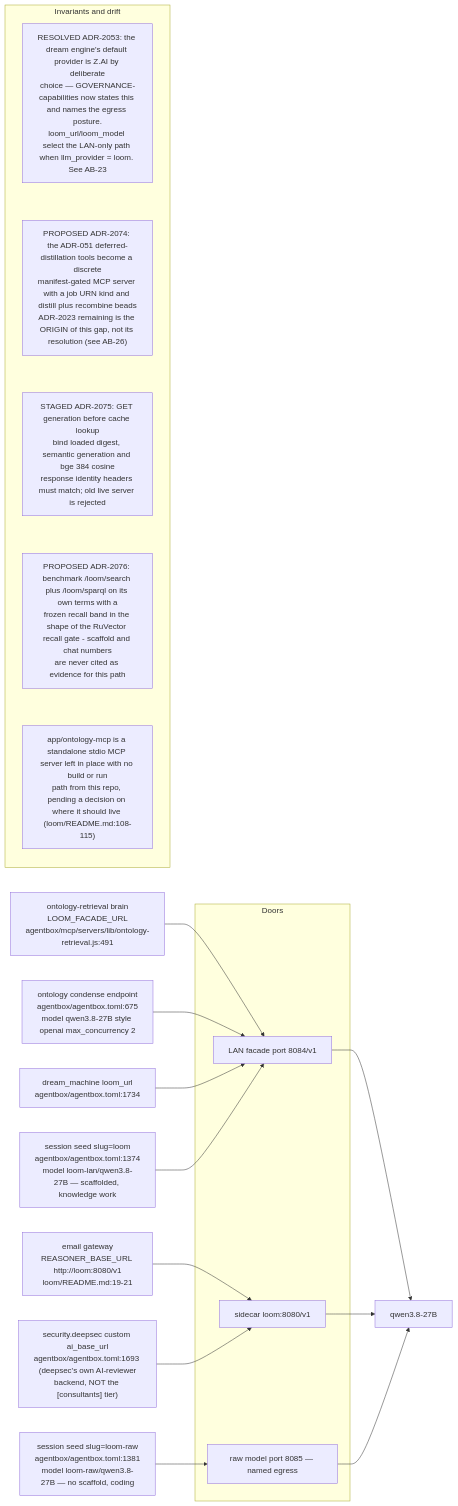
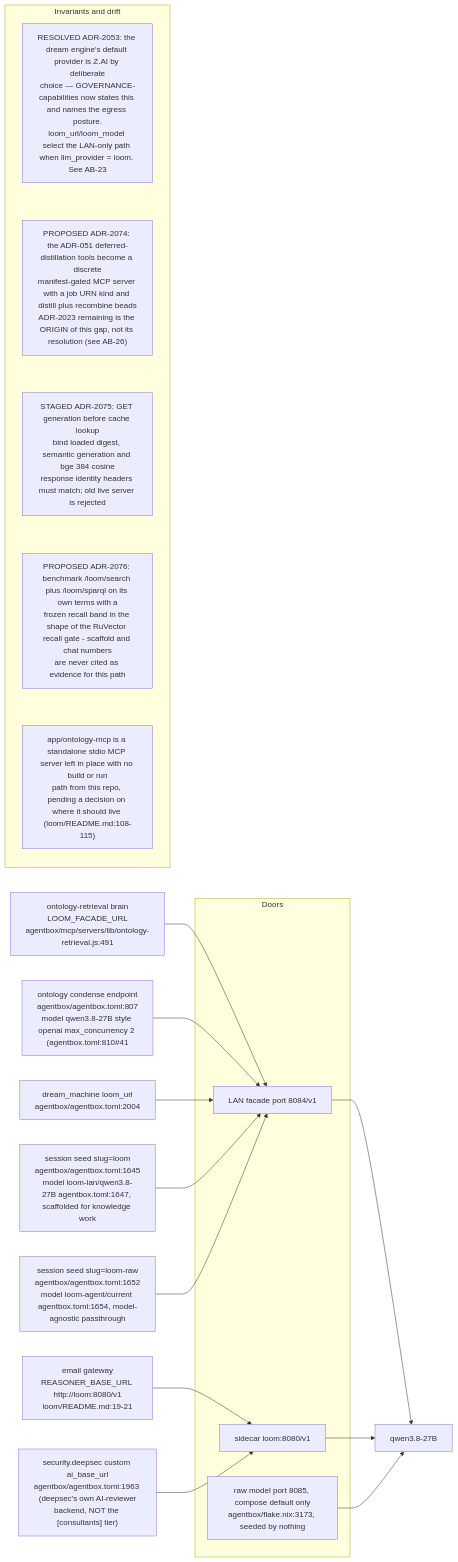
One commit to DreamLab-AI/VisionFlow changed the ninth of 11 diagrams in docs/diagrams/agentbox/24-loom-facade.md. Above: the diagram before and after it, drawn with Mermaid. The commit also changed other lines of this file and 28 other files, not shown here.

````diff
--- a/docs/diagrams/agentbox/24-loom-facade.md
+++ b/docs/diagrams/agentbox/24-loom-facade.md
@@ -352,27 +361,27 @@
 ```mermaid
 flowchart LR
     subgraph doors["Doors"]
         D84["LAN facade port 8084/v1"]
         D80["sidecar loom:8080/v1"]
-        D85["raw model port 8085 — named egress"]
+        D85["raw model port 8085, compose default only<br/>agentbox/flake.nix:3173, seeded by nothing"]
     end
     RET["ontology-retrieval brain<br/>LOOM_FACADE_URL<br/>agentbox/mcp/servers/lib/ontology-retrieval.js:491"] --> D84
-    COND["ontology condense endpoint<br/>agentbox/agentbox.toml:675<br/>model qwen3.8-27B style openai max_concurrency 2"] --> D84
-    DREAM["dream_machine loom_url<br/>agentbox/agentbox.toml:1734"] --> D84
-    SEEDL["session seed slug=loom<br/>agentbox/agentbox.toml:1374<br/>model loom-lan/qwen3.8-27B — scaffolded, knowledge work"] --> D84
-    SEEDR["session seed slug=loom-raw<br/>agentbox/agentbox.toml:1381<br/>model loom-raw/qwen3.8-27B — no scaffold, coding"] --> D85
+    COND["ontology condense endpoint<br/>agentbox/agentbox.toml:807<br/>model qwen3.8-27B style openai max_concurrency 2 #40;agentbox.toml:810#41;"] --> D84
+    DREAM["dream_machine loom_url<br/>agentbox/agentbox.toml:2004"] --> D84
+    SEEDL["session seed slug=loom<br/>agentbox/agentbox.toml:1645<br/>model loom-lan/qwen3.8-27B agentbox.toml:1647, scaffolded for knowledge work"] --> D84
+    SEEDR["session seed slug=loom-raw<br/>agentbox/agentbox.toml:1652<br/>model loom-agent/current agentbox.toml:1654, model-agnostic passthrough"] --> D84
     EMAIL["email gateway<br/>REASONER_BASE_URL http://loom:8080/v1<br/>loom/README.md:19-21"] --> D80
-    CUST["security.deepsec custom ai_base_url<br/>agentbox/agentbox.toml:1693 #40;deepsec#39;s own AI-reviewer<br/>backend, NOT the #91;consultants#93; tier#41;"] --> D80
+    CUST["security.deepsec custom ai_base_url<br/>agentbox/agentbox.toml:1963 #40;deepsec#39;s own AI-reviewer<br/>backend, NOT the #91;consultants#93; tier#41;"] --> D80
     D84 --> M["qwen3.8-27B"]
     D80 --> M
     D85 --> M
     subgraph notes["Invariants and drift"]
         direction TB
         N1["RESOLVED ADR-2053: the dream engine's default provider is Z.AI by deliberate<br/>choice — GOVERNANCE-capabilities now states this and names the egress posture.<br/>loom_url/loom_model select the LAN-only path when llm_provider = loom. See AB-23"]
         N2["PROPOSED ADR-2074: the ADR-051 deferred-distillation tools become a discrete<br/>manifest-gated MCP server with a job URN kind and distill plus recombine beads<br/>ADR-2023 remaining is the ORIGIN of this gap, not its resolution (see AB-26)"]
         N3["STAGED ADR-2075: GET generation before cache lookup<br/>bind loaded digest, semantic generation and bge 384 cosine<br/>response identity headers must match; old live server is rejected"]
         N4["PROPOSED ADR-2076: benchmark /loom/search plus /loom/sparql on its own terms with a<br/>frozen recall band in the shape of the RuVector recall gate - scaffold and chat numbers<br/>are never cited as evidence for this path"]
         N5["app/ontology-mcp is a standalone stdio MCP server left in place with no build or run<br/>path from this repo, pending a decision on where it should live (loom/README.md:108-115)"]
         N1 ~~~ N2 ~~~ N3 ~~~ N4 ~~~ N5
     end
 ```
````
